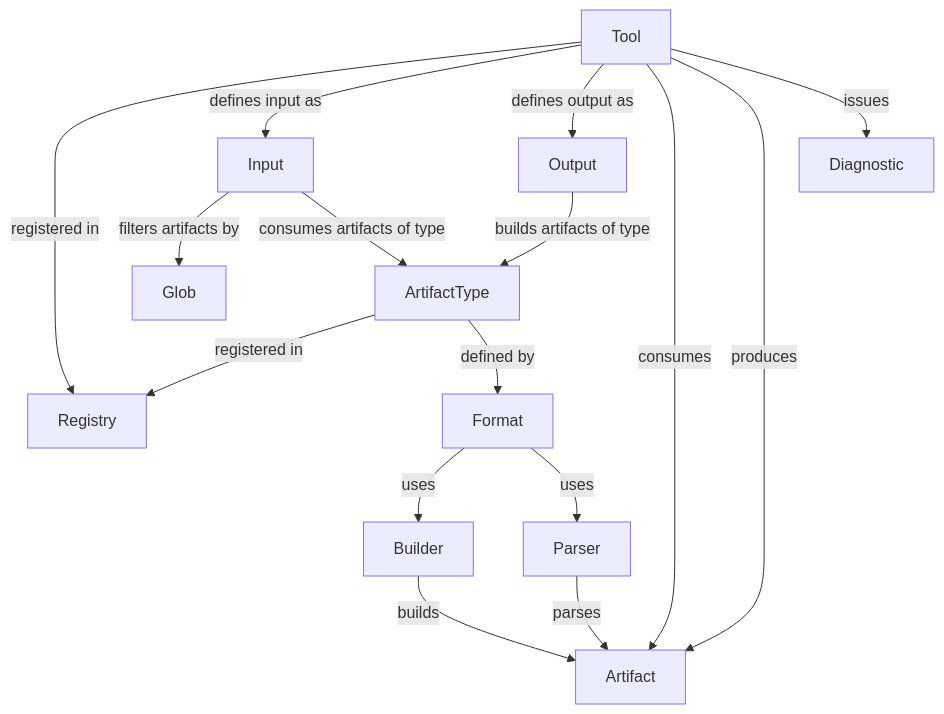
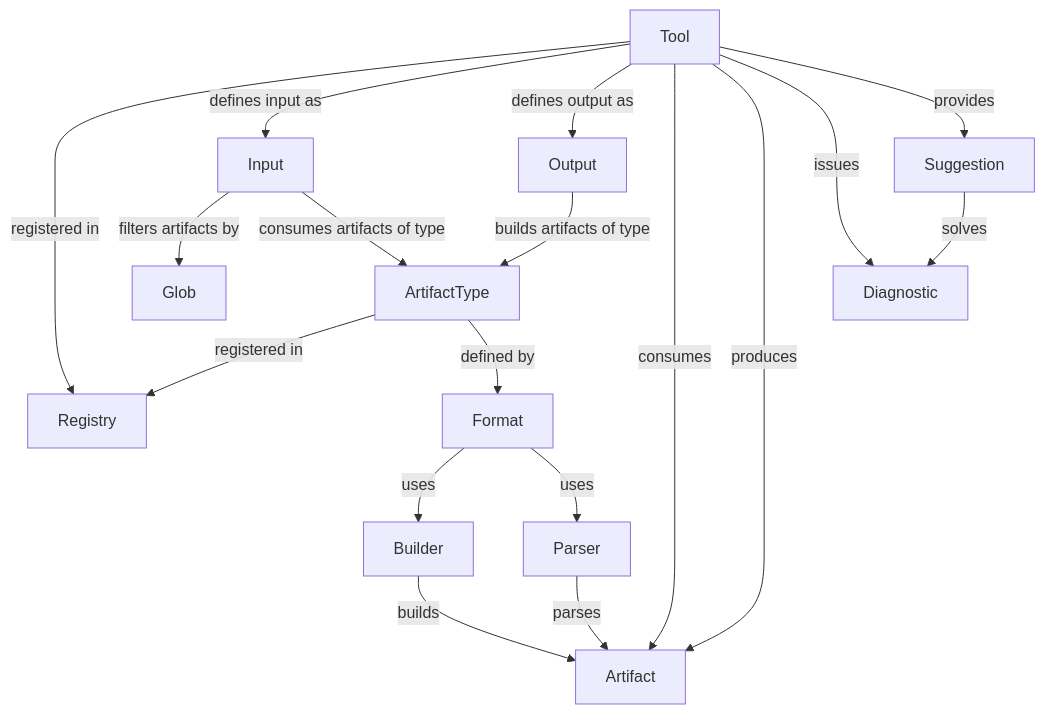
Before and after one commit to setms/sew: the diagram in src/main/ideas/tools.md, drawn with Mermaid. The commit also changed other lines of this file and 3 other files, not shown here.

````diff
--- a/src/main/ideas/tools.md
+++ b/src/main/ideas/tools.md
@@ -9,18 +9,20 @@
 ```mermaid
 graph
     ArtifactType -- registered in --> Registry
     Tool -- registered in --> Registry
     Tool -- defines input as --> Input
     Input -- filters artifacts by --> Glob
     Input -- consumes artifacts of type --> ArtifactType
     ArtifactType -- defined by --> Format
     Format -- uses --> Builder
     Format -- uses --> Parser
     Parser -- parses --> Artifact
     Builder -- builds --> Artifact
     Tool -- defines output as --> Output
     Output -- builds artifacts of type --> ArtifactType
     Tool -- consumes --> Artifact
     Tool -- produces --> Artifact
     Tool -- issues --> Diagnostic
+    Tool -- provides --> Suggestion
+    Suggestion -- solves --> Diagnostic
 ```
````
